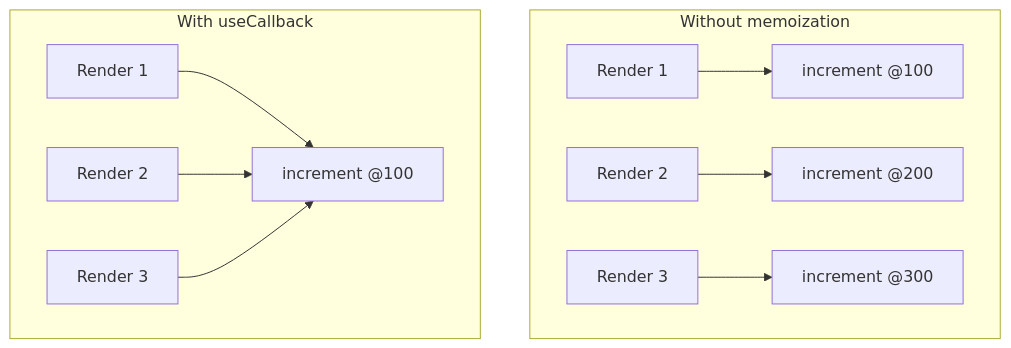
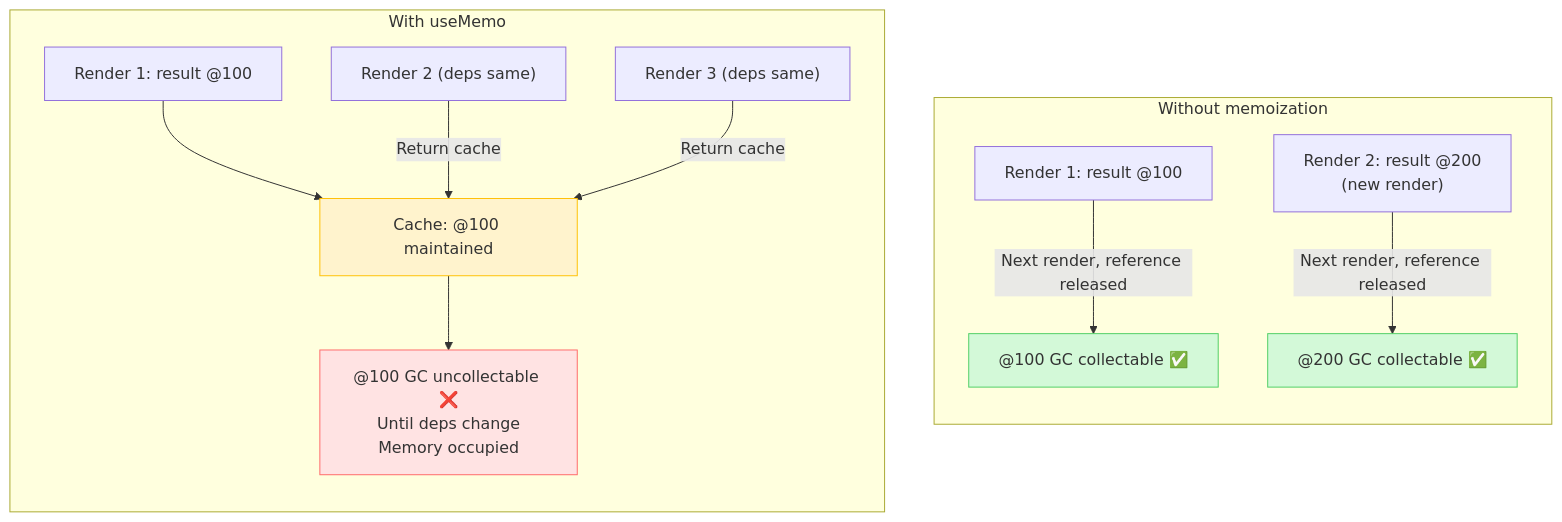
One commit to codefug/codefug.github.io changed diagram 13 of 17 in markdown/2026-01-18/en/content.mdx. Above: the diagram before and after it, drawn with Mermaid. The commit also changed other lines of this file and 2 other files, not shown here.

First line of the commit message:
docs: useCallback, useMemo 포스트 영문 번역 완성

````diff
--- a/markdown/2026-01-18/en/content.mdx
+++ b/markdown/2026-01-18/en/content.mdx
@@ -1208,14 +1065,27 @@
 ```mermaid
 flowchart TB
-    subgraph "Without memoization"
-        A1[Render 1] --> B1["increment @100"]
-        A2[Render 2] --> B2["increment @200"]
-        A3[Render 3] --> B3["increment @300"]
+    subgraph Without["Without memoization"]
+        direction TB
+        A1["Render 1: result @100"]
+        A2["Render 2: result @200<br/>(new render)"]
+        A1 -->|"Next render, reference released"| GC1["@100 GC collectable ✅"]
+        A2 -->|"Next render, reference released"| GC2["@200 GC collectable ✅"]
     end
 
-    subgraph "With useCallback"
-        C1[Render 1] --> D1["increment @100"]
-        C2[Render 2] --> D1
-        C3[Render 3] --> D1
+    subgraph With["With useMemo"]
+        direction TB
+        C1["Render 1: result @100"]
+        C2["Render 2 (deps same)"]
+        C3["Render 3 (deps same)"]
+        CACHE["Cache: @100 maintained"]
+        C1 --> CACHE
+        C2 -->|"Return cache"| CACHE
+        C3 -->|"Return cache"| CACHE
+        CACHE --> BLOCK["@100 GC uncollectable ❌<br/>Until deps change<br/>Memory occupied"]
     end
+
+    style BLOCK fill:#ffe3e3,stroke:#ff6b6b
+    style GC1 fill:#d3f9d8,stroke:#51cf66
+    style GC2 fill:#d3f9d8,stroke:#51cf66
+    style CACHE fill:#fff3cd,stroke:#ffc107
 ```
````
